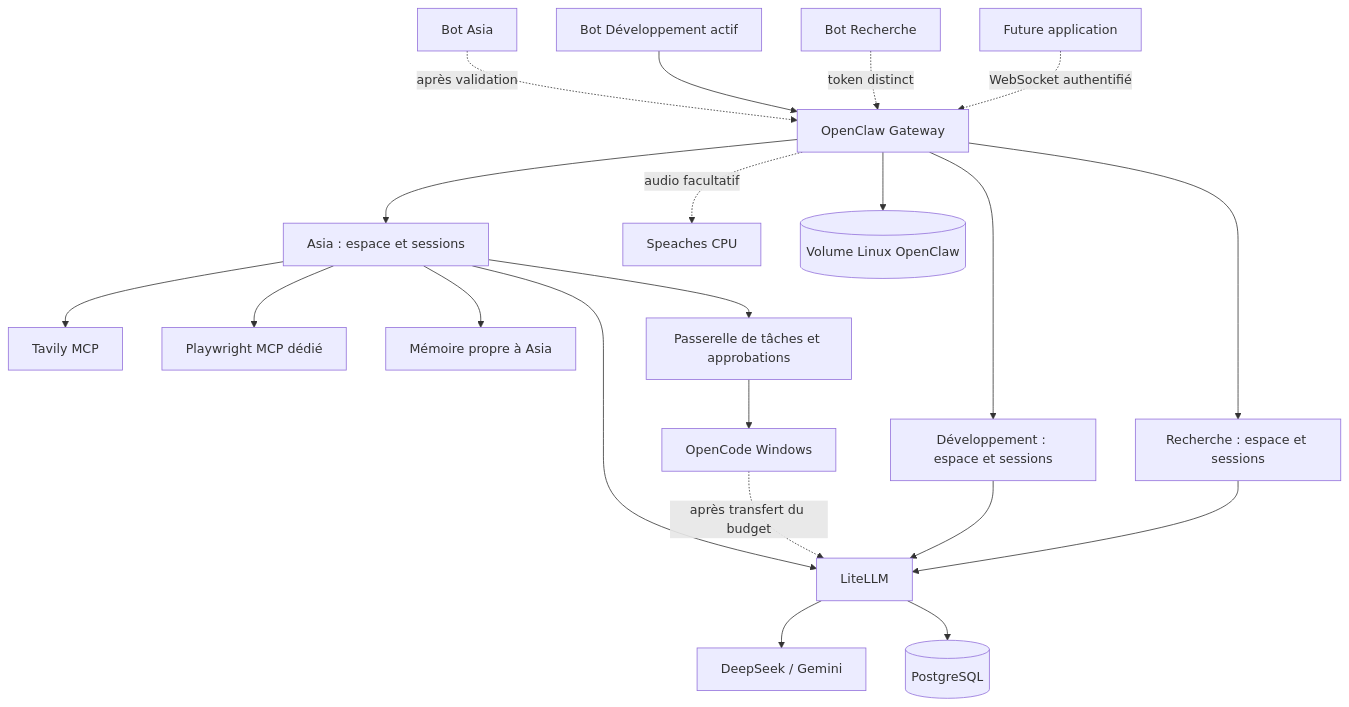
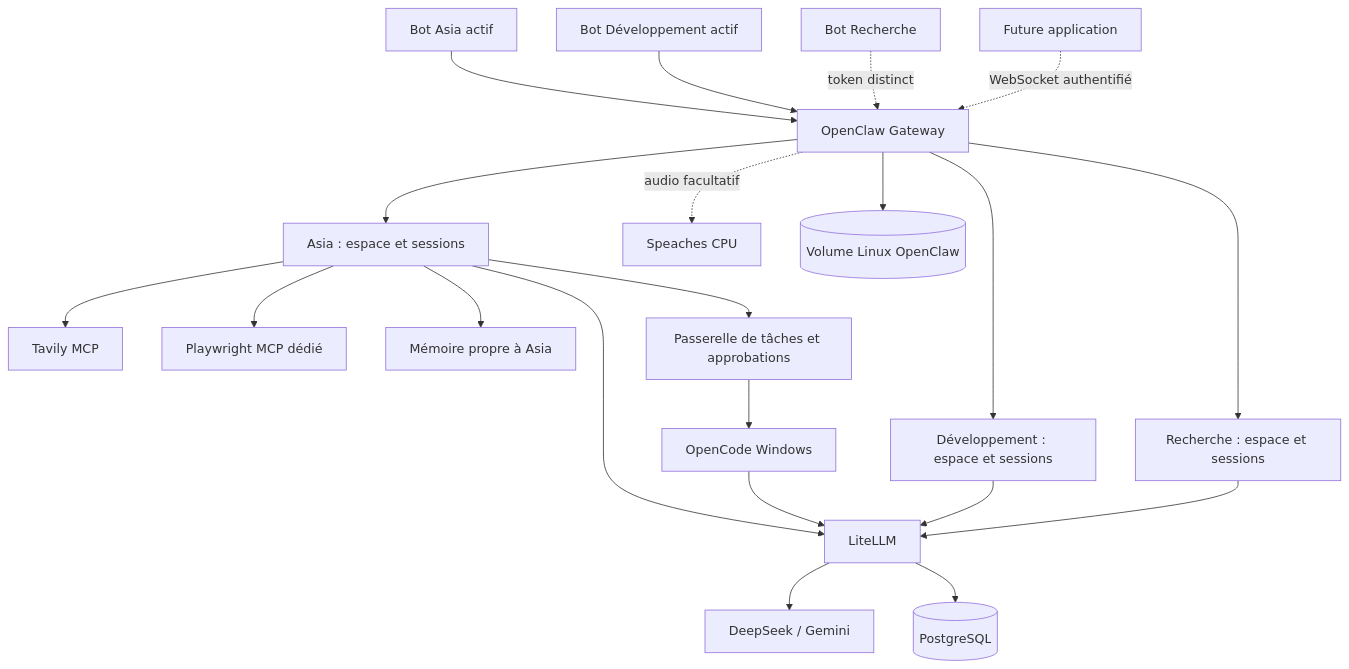
The diagram in documentation/architecture.md (Abdourahmandev/Platforme_agentique), drawn with Mermaid before and after one commit. The commit also changed other lines of this file and 10 other files, not shown here.

Commit message:
Record Asia OpenClaw handoff and preserve rollback journal in backups

````diff
--- a/documentation/architecture.md
+++ b/documentation/architecture.md
@@ -9,23 +9,23 @@
 ```mermaid
 flowchart TD
-    TA[Bot Asia] -. après validation .-> O[OpenClaw Gateway]
+    TA[Bot Asia actif] --> O[OpenClaw Gateway]
     TD[Bot Développement actif] --> O
     TR[Bot Recherche] -. token distinct .-> O
     APP[Future application] -. WebSocket authentifié .-> O
     O --> A[Asia : espace et sessions]
     O --> D[Développement : espace et sessions]
     O --> R[Recherche : espace et sessions]
     A --> L[LiteLLM]
     A --> T[Tavily MCP]
     A --> B[Playwright MCP dédié]
     A --> MM[Mémoire propre à Asia]
     A --> BR[Passerelle de tâches et approbations]
     BR --> OC[OpenCode Windows]
-    OC -. après transfert du budget .-> L
+    OC --> L
     D --> L
     R --> L
     L --> M[DeepSeek / Gemini]
     L --> P[(PostgreSQL)]
     O -. audio facultatif .-> S[Speaches CPU]
     O --> V[(Volume Linux OpenClaw)]
 ```
````
